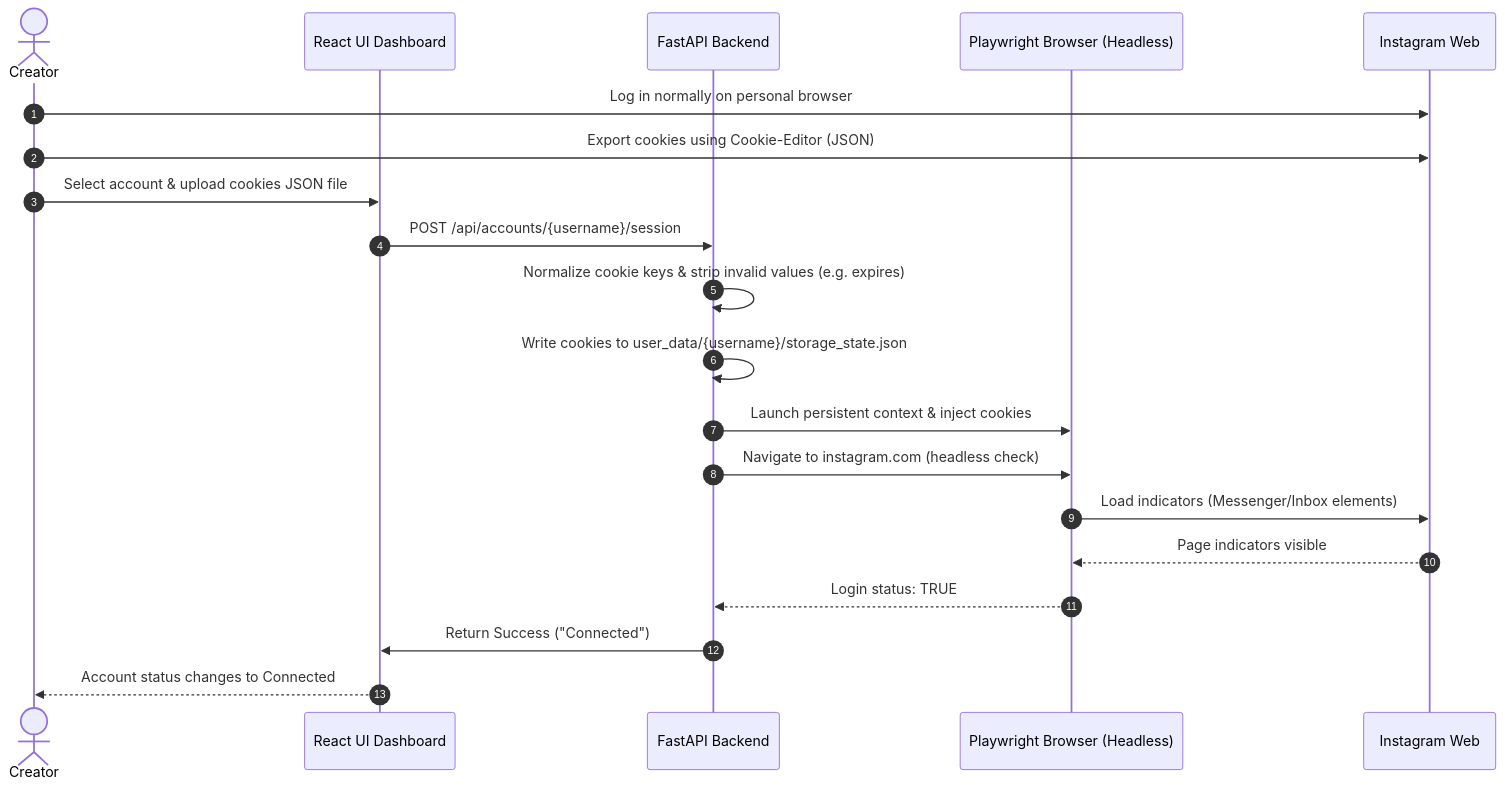
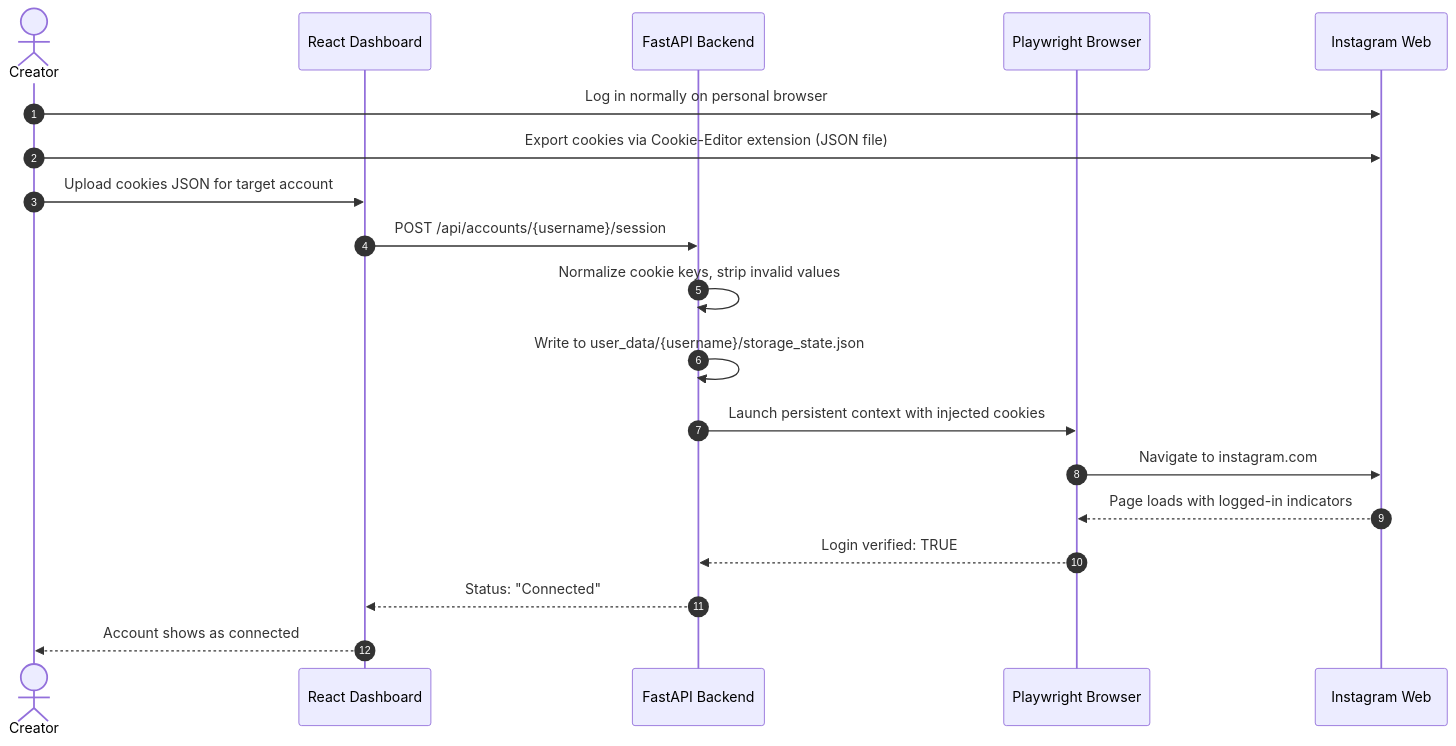
One commit to NLR-2007/insta-auto-dm-bot-nlr changed the third of 4 diagrams in README.md. Above: the diagram before and after it, drawn with Mermaid. The commit also changed other lines of this file and 9 other files, not shown here.

````diff
--- a/README.md
+++ b/README.md
@@ -59,23 +199,22 @@
 ```mermaid
 sequenceDiagram
     autonumber
-    actor User as Creator
-    participant UI as React UI Dashboard
+    actor Creator
+    participant UI as React Dashboard
     participant API as FastAPI Backend
-    participant Browser as Playwright Browser (Headless)
+    participant PW as Playwright Browser
     participant IG as Instagram Web
-    
-    User->>IG: Log in normally on personal browser
-    User->>IG: Export cookies using Cookie-Editor (JSON)
-    User->>UI: Select account & upload cookies JSON file
+
+    Creator->>IG: Log in normally on personal browser
+    Creator->>IG: Export cookies via Cookie-Editor extension (JSON file)
+    Creator->>UI: Upload cookies JSON for target account
     UI->>API: POST /api/accounts/{username}/session
-    API->>API: Normalize cookie keys & strip invalid values (e.g. expires)
-    API->>API: Write cookies to user_data/{username}/storage_state.json
-    API->>Browser: Launch persistent context & inject cookies
-    API->>Browser: Navigate to instagram.com (headless check)
-    Browser->>IG: Load indicators (Messenger/Inbox elements)
-    IG-->>Browser: Page indicators visible
-    Browser-->>API: Login status: TRUE
-    API->>UI: Return Success ("Connected")
-    UI-->>User: Account status changes to Connected
+    API->>API: Normalize cookie keys, strip invalid values
+    API->>API: Write to user_data/{username}/storage_state.json
+    API->>PW: Launch persistent context with injected cookies
+    PW->>IG: Navigate to instagram.com
+    IG-->>PW: Page loads with logged-in indicators
+    PW-->>API: Login verified: TRUE
+    API-->>UI: Status: "Connected"
+    UI-->>Creator: Account shows as connected
 ```
````
